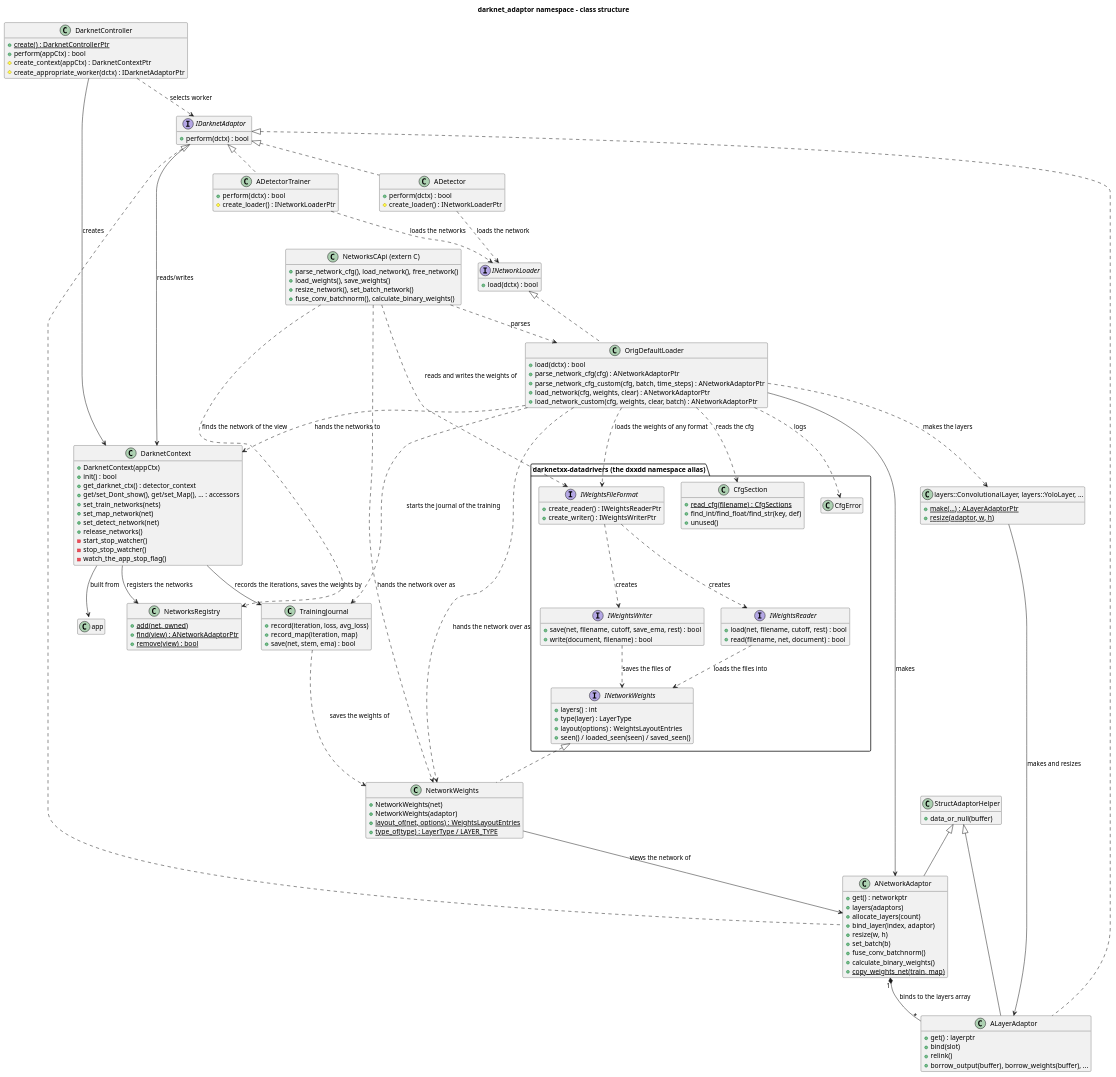
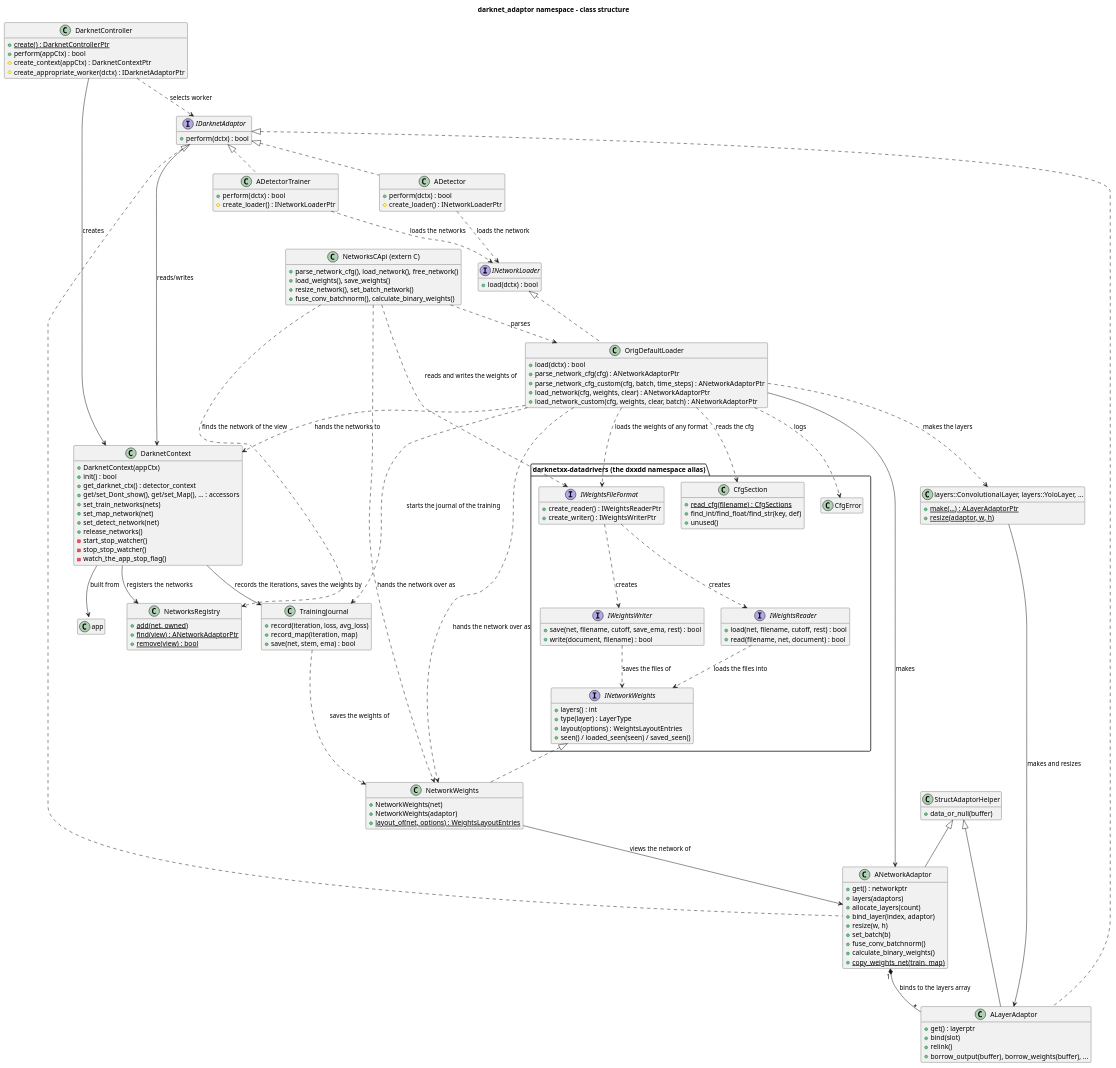
Before and after one commit to yuriysydor1991/darknetxx: the diagram in doc/diagrams/darknet-adaptor-classes.puml, drawn with PlantUML. The commit also changed 8 other files, not shown here.

```diff
--- a/doc/diagrams/darknet-adaptor-classes.puml
+++ b/doc/diagrams/darknet-adaptor-classes.puml
@@ -1,177 +1,176 @@
 @startuml darknet-adaptor-classes
 title darknet_adaptor namespace - class structure
 
 skinparam shadowing false
 hide empty members
 
 class DarknetController {
   +{static} create() : DarknetControllerPtr
   +perform(appCtx) : bool
   #create_context(appCtx) : DarknetContextPtr
   #create_appropriate_worker(dctx) : IDarknetAdaptorPtr
 }
 
 class DarknetContext {
   +DarknetContext(appCtx)
   +init() : bool
   +get_darknet_ctx() : detector_context
   +get/set_Dont_show(), get/set_Map(), ... : accessors
   +set_train_networks(nets)
   +set_map_network(net)
   +set_detect_network(net)
   +release_networks()
   -start_stop_watcher()
   -stop_stop_watcher()
   -watch_the_app_stop_flag()
 }
 
 interface IDarknetAdaptor {
   +perform(dctx) : bool
 }
 
 class ADetector {
   +perform(dctx) : bool
   #create_loader() : INetworkLoaderPtr
 }
 class ADetectorTrainer {
   +perform(dctx) : bool
   #create_loader() : INetworkLoaderPtr
 }
 
 interface INetworkLoader {
   +load(dctx) : bool
 }
 
 class OrigDefaultLoader {
   +load(dctx) : bool
   +parse_network_cfg(cfg) : ANetworkAdaptorPtr
   +parse_network_cfg_custom(cfg, batch, time_steps) : ANetworkAdaptorPtr
   +load_network(cfg, weights, clear) : ANetworkAdaptorPtr
   +load_network_custom(cfg, weights, clear, batch) : ANetworkAdaptorPtr
 }
 
 package "darknetxx-datadrivers (the dxxdd namespace alias)" {
   class CfgSection {
     +{static} read_cfg(filename) : CfgSections
     +find_int/find_float/find_str(key, def)
     +unused()
   }
 
   class CfgError
 
   interface INetworkWeights {
     +layers() : int
     +type(layer) : LayerType
     +layout(options) : WeightsLayoutEntries
     +seen() / loaded_seen(seen) / saved_seen()
   }
 
   interface IWeightsReader {
     +load(net, filename, cutoff, rest) : bool
     +read(filename, net, document) : bool
   }
 
   interface IWeightsWriter {
     +save(net, filename, cutoff, save_ema, rest) : bool
     +write(document, filename) : bool
   }
 
   interface IWeightsFileFormat {
     +create_reader() : IWeightsReaderPtr
     +create_writer() : IWeightsWriterPtr
   }
 }
 
 class NetworkWeights {
   +NetworkWeights(net)
   +NetworkWeights(adaptor)
   +{static} layout_of(net, options) : WeightsLayoutEntries
-  +{static} type_of(type) : LayerType / LAYER_TYPE
 }
 
 class TrainingJournal {
   +record(iteration, loss, avg_loss)
   +record_map(iteration, map)
   +save(net, stem, ema) : bool
 }
 
 class ANetworkAdaptor {
   +get() : networkptr
   +layers(adaptors)
   +allocate_layers(count)
   +bind_layer(index, adaptor)
   +resize(w, h)
   +set_batch(b)
   +fuse_conv_batchnorm()
   +calculate_binary_weights()
   +{static} copy_weights_net(train, map)
 }
 
 class ALayerAdaptor {
   +get() : layerptr
   +bind(slot)
   +relink()
   +borrow_output(buffer), borrow_weights(buffer), ...
 }
 
 class "layers::ConvolutionalLayer, layers::YoloLayer, ..." as Layers {
   +{static} make(...) : ALayerAdaptorPtr
   +{static} resize(adaptor, w, h)
 }
 
 class NetworksRegistry {
   +{static} add(net, owned)
   +{static} find(view) : ANetworkAdaptorPtr
   +{static} remove(view) : bool
 }
 
 class "NetworksCApi (extern C)" as NetworksCApi {
   +parse_network_cfg(), load_network(), free_network()
   +load_weights(), save_weights()
   +resize_network(), set_batch_network()
   +fuse_conv_batchnorm(), calculate_binary_weights()
 }
 
 class StructAdaptorHelper {
   +data_or_null(buffer)
 }
 
 IDarknetAdaptor <|.. ADetector
 IDarknetAdaptor <|.. ADetectorTrainer
 IDarknetAdaptor <|.. ALayerAdaptor
 IDarknetAdaptor <|.. ANetworkAdaptor
 INetworkLoader <|.. OrigDefaultLoader
 INetworkWeights <|.. NetworkWeights
 StructAdaptorHelper <|-- ALayerAdaptor
 StructAdaptorHelper <|-- ANetworkAdaptor
 
 DarknetController --> DarknetContext : creates
 DarknetController ..> IDarknetAdaptor : selects worker
 IDarknetAdaptor --> DarknetContext : reads/writes
 ADetector ..> INetworkLoader : loads the network
 ADetectorTrainer ..> INetworkLoader : loads the networks
 OrigDefaultLoader ..> CfgSection : reads the cfg
 OrigDefaultLoader ..> CfgError : logs
 OrigDefaultLoader ..> Layers : makes the layers
 OrigDefaultLoader ..> IWeightsFileFormat : loads the weights of any format
 OrigDefaultLoader ..> NetworkWeights : hands the network over as
 OrigDefaultLoader ..> TrainingJournal : starts the journal of the training
 IWeightsFileFormat ..> IWeightsReader : creates
 IWeightsFileFormat ..> IWeightsWriter : creates
 IWeightsReader ..> INetworkWeights : loads the files into
 IWeightsWriter ..> INetworkWeights : saves the files of
 NetworkWeights --> ANetworkAdaptor : views the network of
 TrainingJournal ..> NetworkWeights : saves the weights of
 DarknetContext --> TrainingJournal : records the iterations, saves the weights by
 OrigDefaultLoader --> ANetworkAdaptor : makes
 OrigDefaultLoader ..> DarknetContext : hands the networks to
 Layers --> ALayerAdaptor : makes and resizes
 ANetworkAdaptor "1" *-- "*" ALayerAdaptor : binds to the layers array
 DarknetContext --> NetworksRegistry : registers the networks
 NetworksCApi ..> NetworksRegistry : finds the network of the view
 NetworksCApi ..> OrigDefaultLoader : parses
 NetworksCApi ..> IWeightsFileFormat : reads and writes the weights of
 NetworksCApi ..> NetworkWeights : hands the network over as
 DarknetContext --> "app::ApplicationContext" : built from
 
 @enduml
```
